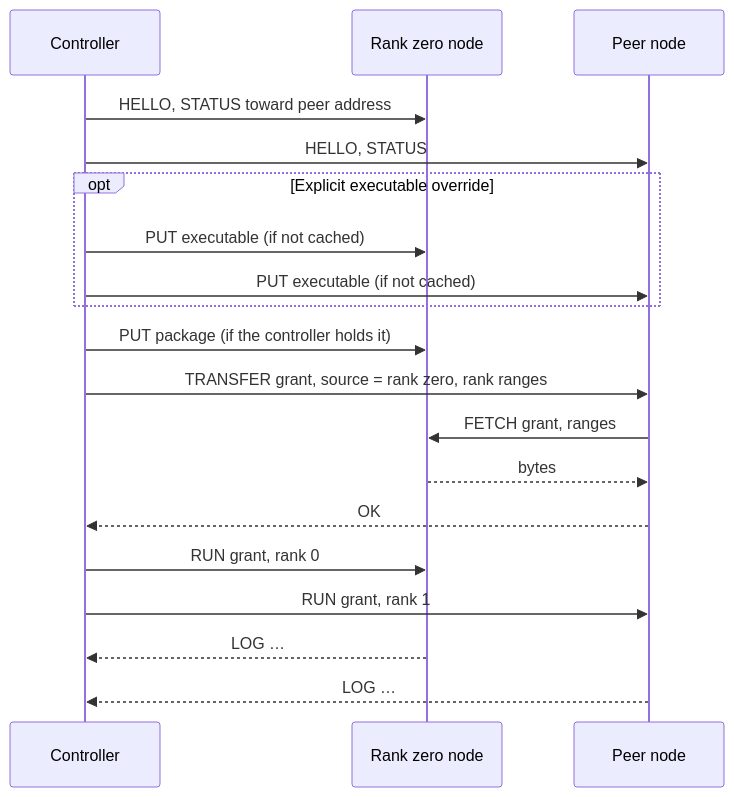
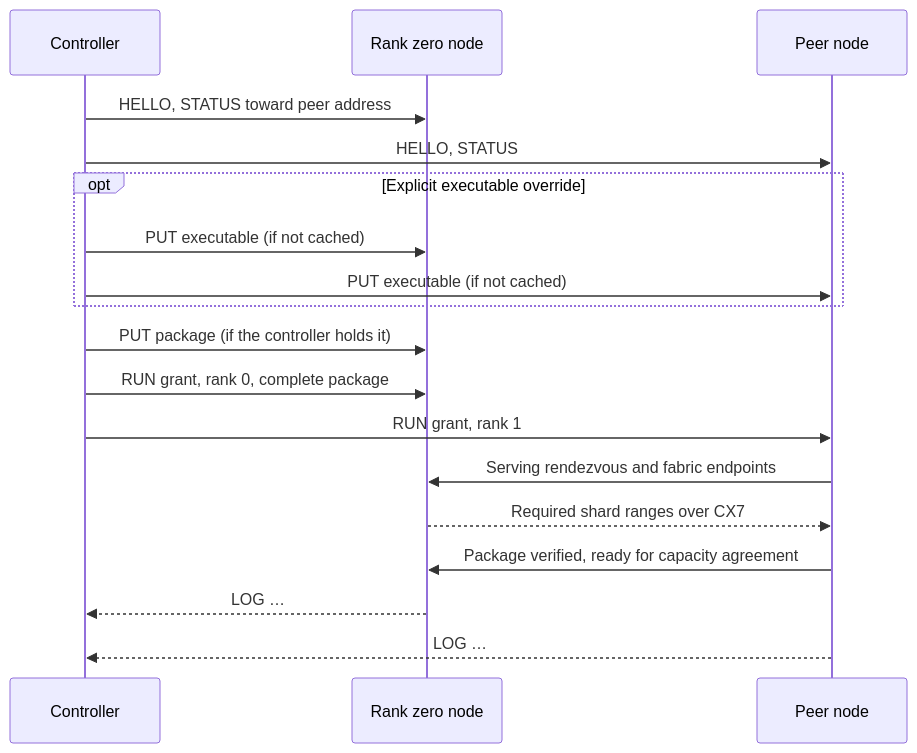
One commit to Atlas3DSS/flare-local-inference changed the diagram in docs/orbit.md. Above: the diagram before and after it, drawn with Mermaid. The commit also changed other lines of this file and 29 other files, not shown here.

````diff
--- a/docs/orbit.md
+++ b/docs/orbit.md
@@ -189,21 +193,20 @@
 ```mermaid
 sequenceDiagram
     participant C as Controller
     participant Z as Rank zero node
     participant P as Peer node
     C->>Z: HELLO, STATUS toward peer address
     C->>P: HELLO, STATUS
     opt Explicit executable override
         C->>Z: PUT executable (if not cached)
         C->>P: PUT executable (if not cached)
     end
     C->>Z: PUT package (if the controller holds it)
-    C->>P: TRANSFER grant, source = rank zero, rank ranges
-    P->>Z: FETCH grant, ranges
-    Z-->>P: bytes
-    P-->>C: OK
-    C->>Z: RUN grant, rank 0
+    C->>Z: RUN grant, rank 0, complete package
     C->>P: RUN grant, rank 1
+    P->>Z: Serving rendezvous and fabric endpoints
+    Z-->>P: Required shard ranges over CX7
+    P->>Z: Package verified, ready for capacity agreement
     Z-->>C: LOG …
     P-->>C: LOG …
 ```
````
